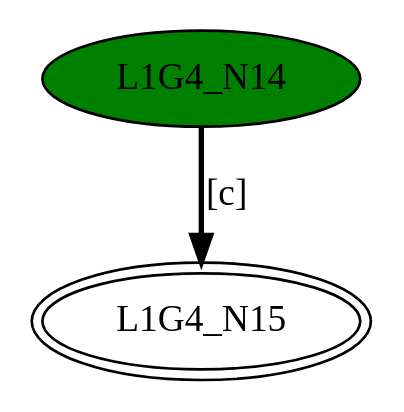
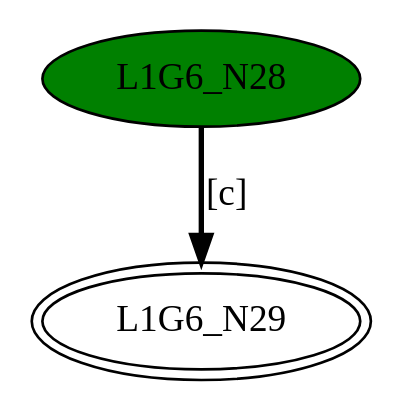
The diagram in DFASimulator/Testbench/BasicChar_[c].dot (GDimitroulakos/EDUFLEX), drawn with Graphviz before and after one commit. The commit also changed 34 other files, not shown here.

```diff
--- a/DFASimulator/Testbench/BasicChar_[c].dot
+++ b/DFASimulator/Testbench/BasicChar_[c].dot
@@ -1,5 +1,5 @@
-digraph G4{
-"L1G4_N14" [style=filled,fillcolor=green];
-"L1G4_N15" [peripheries=2];
-"L1G4_N14"->"L1G4_N15" [style = bold, label = "[c]"];
+digraph G6{
+"L1G6_N28" [style=filled,fillcolor=green];
+"L1G6_N29" [peripheries=2];
+"L1G6_N28"->"L1G6_N29" [style = bold, label = "[c]"];
 }
```
